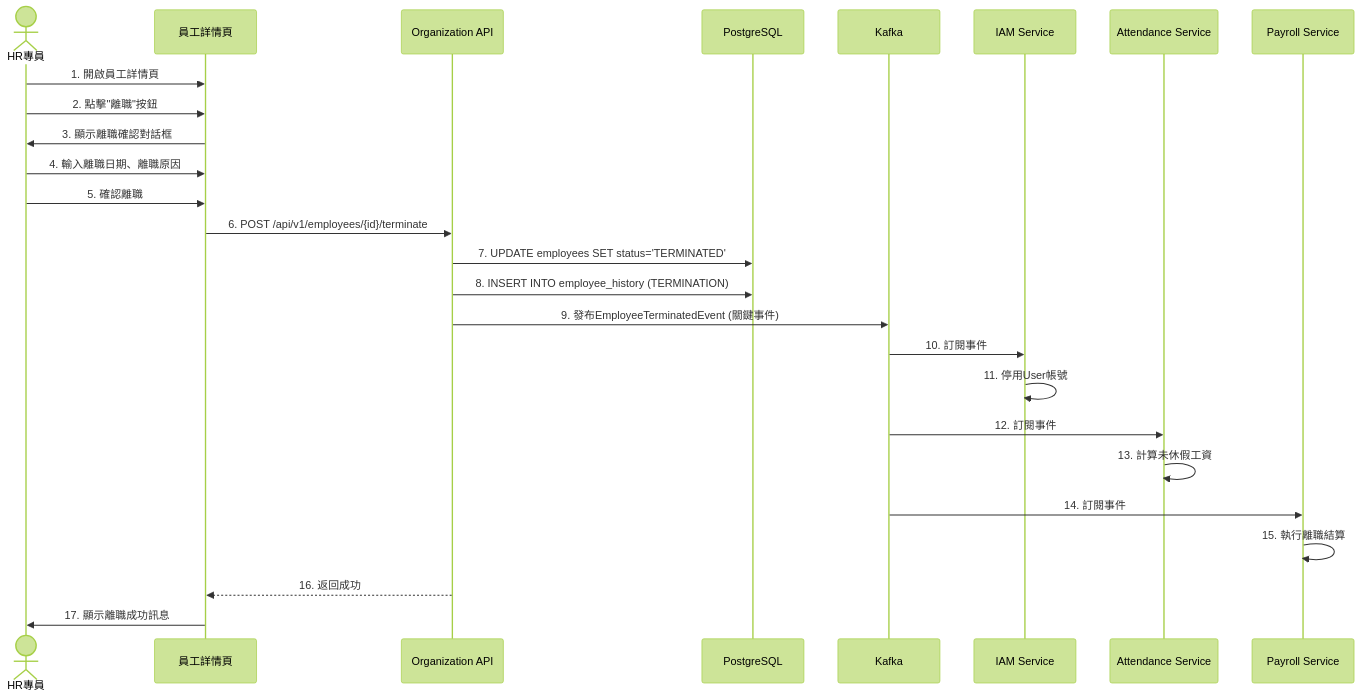
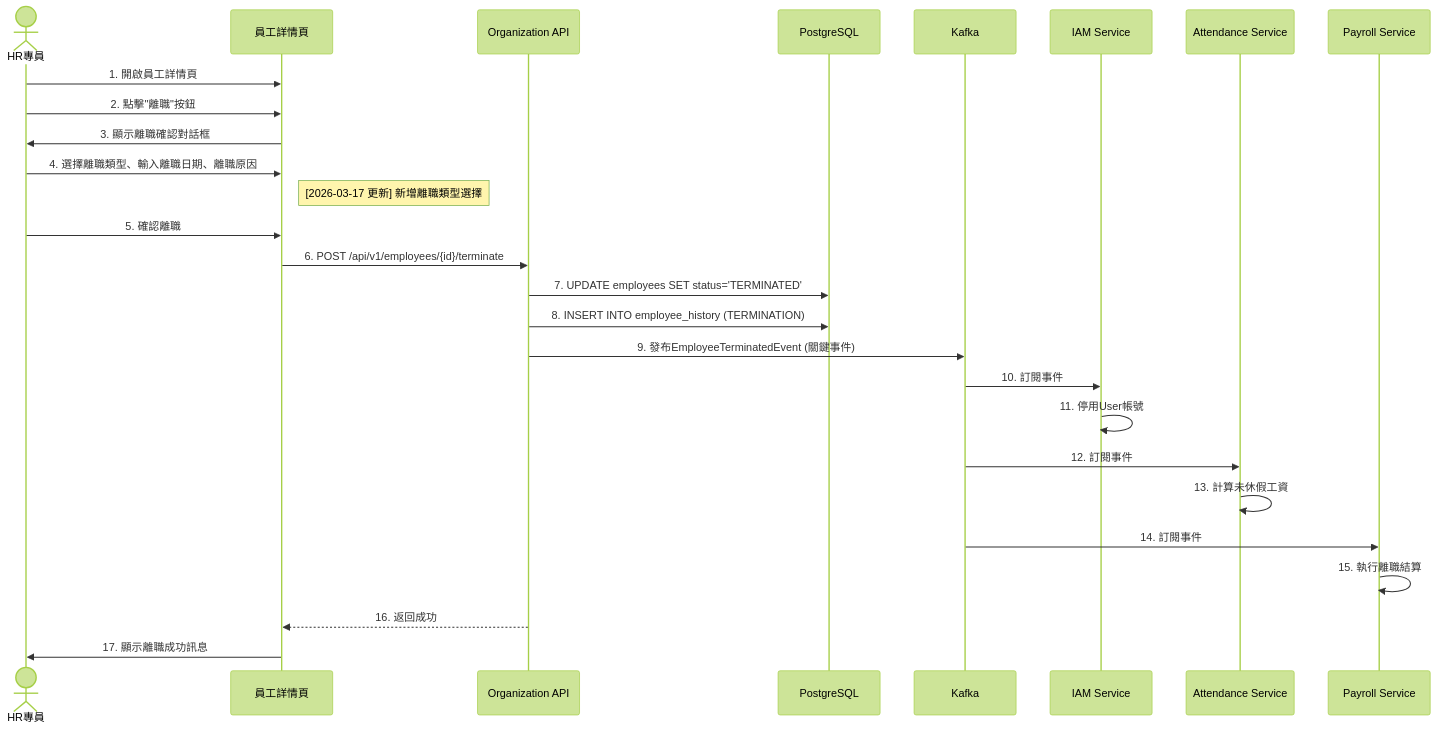
The seventh of 13 diagrams in knowledge/02_System_Design/02_組織員工服務系統設計書.md (k6jo3/hr-sytsem-tw), drawn with Mermaid (forest theme) before and after one commit. The commit also changed other lines of this file and 55 other files, not shown here.

````diff
--- a/knowledge/02_System_Design/02_組織員工服務系統設計書.md
+++ b/knowledge/02_System_Design/02_組織員工服務系統設計書.md
@@ -504,35 +504,36 @@
 ```mermaid
 sequenceDiagram
     actor HR as HR專員
     participant Page as 員工詳情頁
     participant API as Organization API
     participant DB as PostgreSQL
     participant Kafka as Kafka
     participant IAM as IAM Service
     participant Attendance as Attendance Service
     participant Payroll as Payroll Service
 
     HR->>Page: 1. 開啟員工詳情頁
     HR->>Page: 2. 點擊"離職"按鈕
     Page->>HR: 3. 顯示離職確認對話框
-    HR->>Page: 4. 輸入離職日期、離職原因
+    HR->>Page: 4. 選擇離職類型、輸入離職日期、離職原因
+    Note right of Page: [2026-03-17 更新] 新增離職類型選擇
     HR->>Page: 5. 確認離職
 
     Page->>API: 6. POST /api/v1/employees/{id}/terminate
     API->>DB: 7. UPDATE employees SET status='TERMINATED'
     API->>DB: 8. INSERT INTO employee_history (TERMINATION)
 
     API->>Kafka: 9. 發布EmployeeTerminatedEvent (關鍵事件)
 
     Kafka->>IAM: 10. 訂閱事件
     IAM->>IAM: 11. 停用User帳號
 
     Kafka->>Attendance: 12. 訂閱事件
     Attendance->>Attendance: 13. 計算未休假工資
 
     Kafka->>Payroll: 14. 訂閱事件
     Payroll->>Payroll: 15. 執行離職結算
 
     API-->>Page: 16. 返回成功
     Page->>HR: 17. 顯示離職成功訊息
 ```
````
